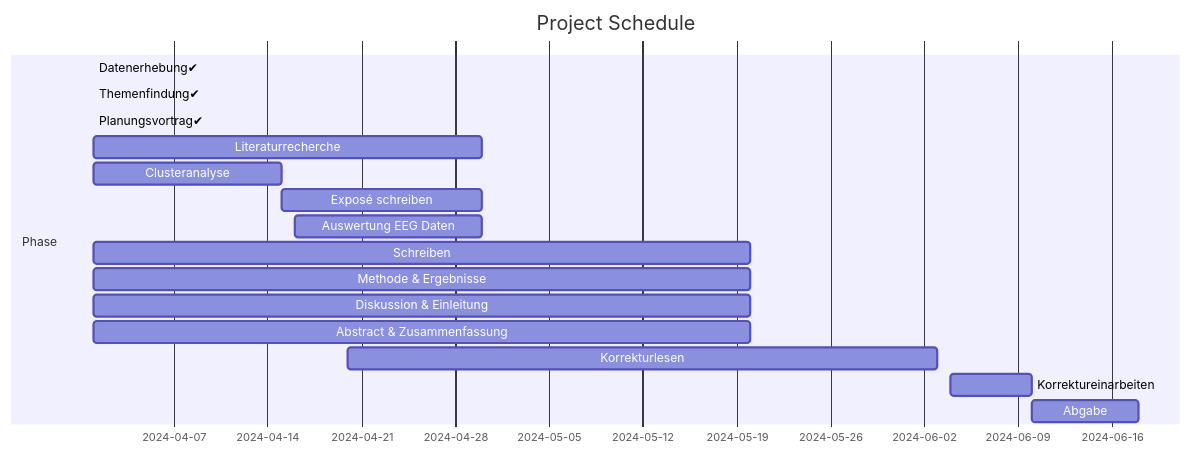
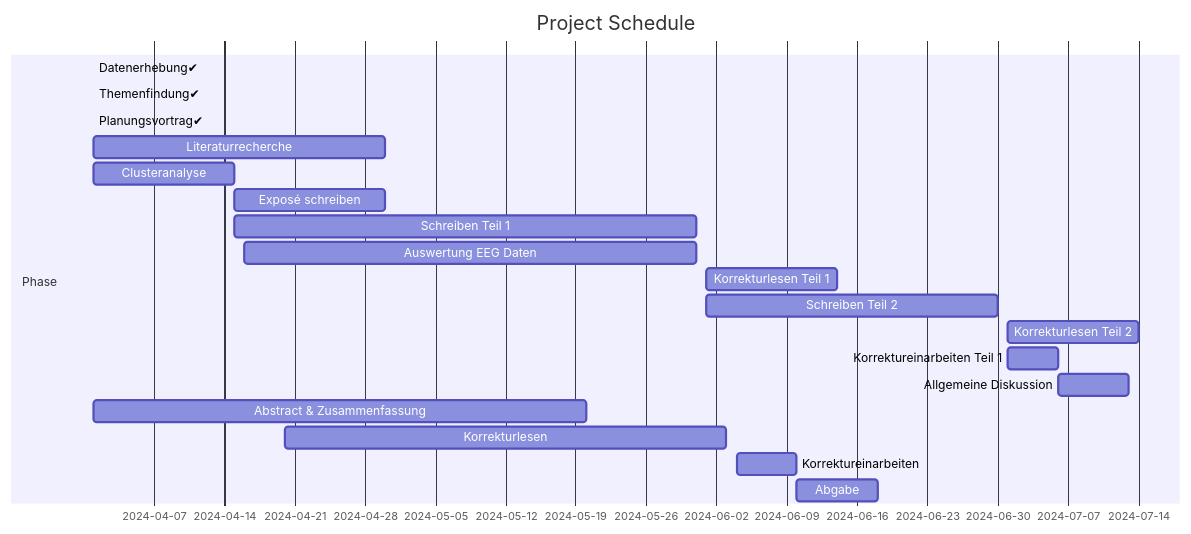
One commit to JankaMarlene/masters_thesis changed the diagram in README.md. Above: the diagram before and after it, drawn with Mermaid.

````diff
--- a/README.md
+++ b/README.md
@@ -8,21 +8,25 @@
 ```mermaid
 gantt
     title Project Schedule
     dateFormat YYYY-MM-DD
 
     section Phase
     Datenerhebung✔            : 2024-04-01, 2024-04-01
     Themenfindung✔            : 2024-04-01, 2024-04-01
     Planungsvortrag✔          : 2024-04-01, 2024-04-01
     Literaturrecherche         : 2024-04-01, 2024-04-30
     Clusteranalyse             : 2024-04-01, 2024-04-15
     Exposé schreiben           : 2024-04-15, 2024-04-30
-    Auswertung EEG Daten       : 2024-04-16, 2024-04-30
-    Schreiben                  : 2024-04-01, 2024-05-20
-    Methode & Ergebnisse       : 2024-04-01, 2024-05-20
-    Diskussion & Einleitung    : 2024-04-01, 2024-05-20
+    Schreiben Teil 1           : 2024-04-15, 2024-05-31
+    Auswertung EEG Daten       : 2024-04-16, 2024-05-31
+    Korrekturlesen Teil 1      : 2024-06-01, 2024-06-14
+    Schreiben Teil 2           : 2024-06-01, 2024-06-30
+    Korrekturlesen Teil 2      : 2024-07-01, 2024-07-14
+    Korrektureinarbeiten Teil 1 : 2024-07-01, 2024-07-06
+    Allgemeine Diskussion      : 2024-07-06, 2024-07-13
+
     Abstract & Zusammenfassung : 2024-04-01, 2024-05-20
     Korrekturlesen             : 2024-04-20, 2024-06-03
     Korrektureinarbeiten       : 2024-06-04, 2024-06-10           
     Abgabe                     : 2024-06-10, 2024-06-18
 ```
````
